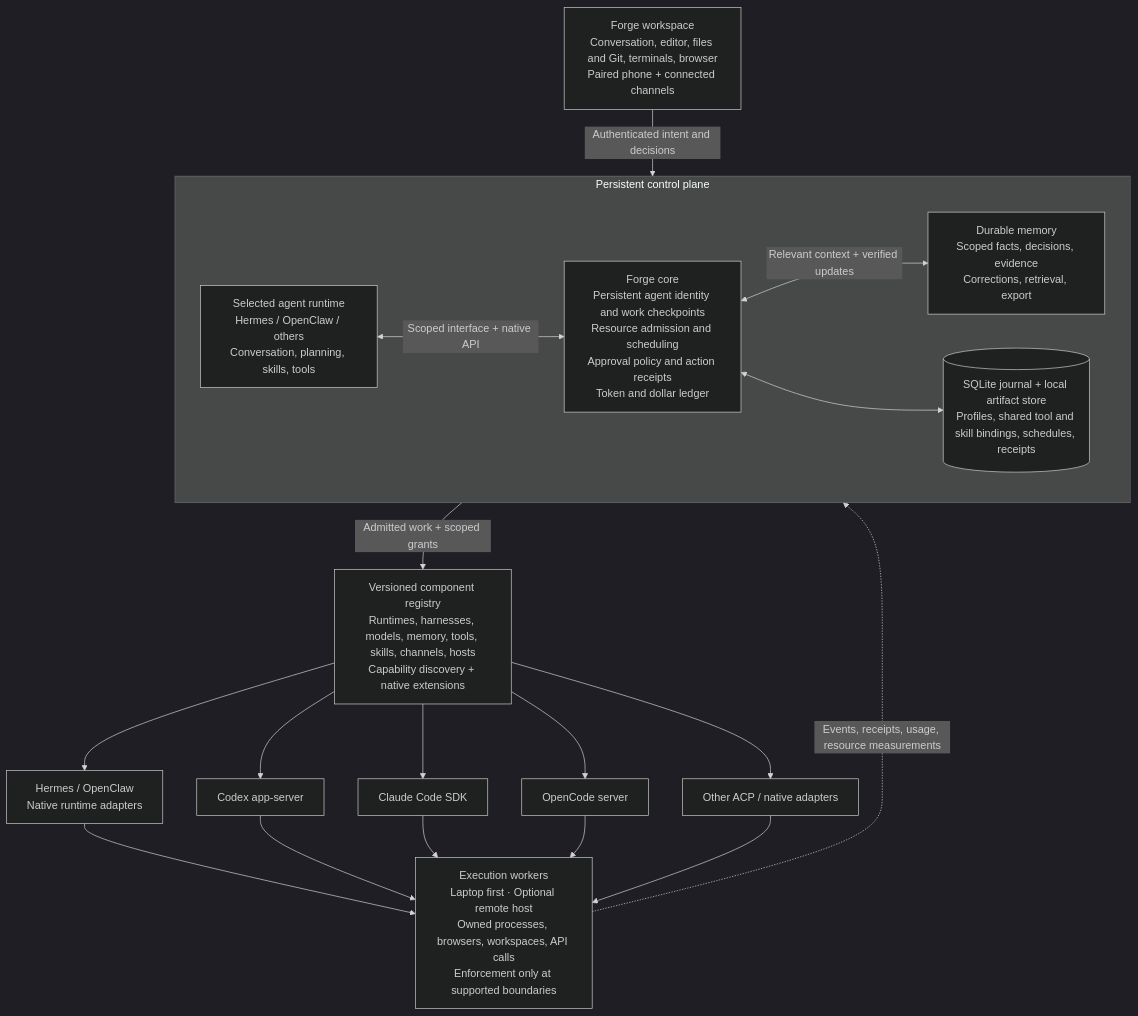
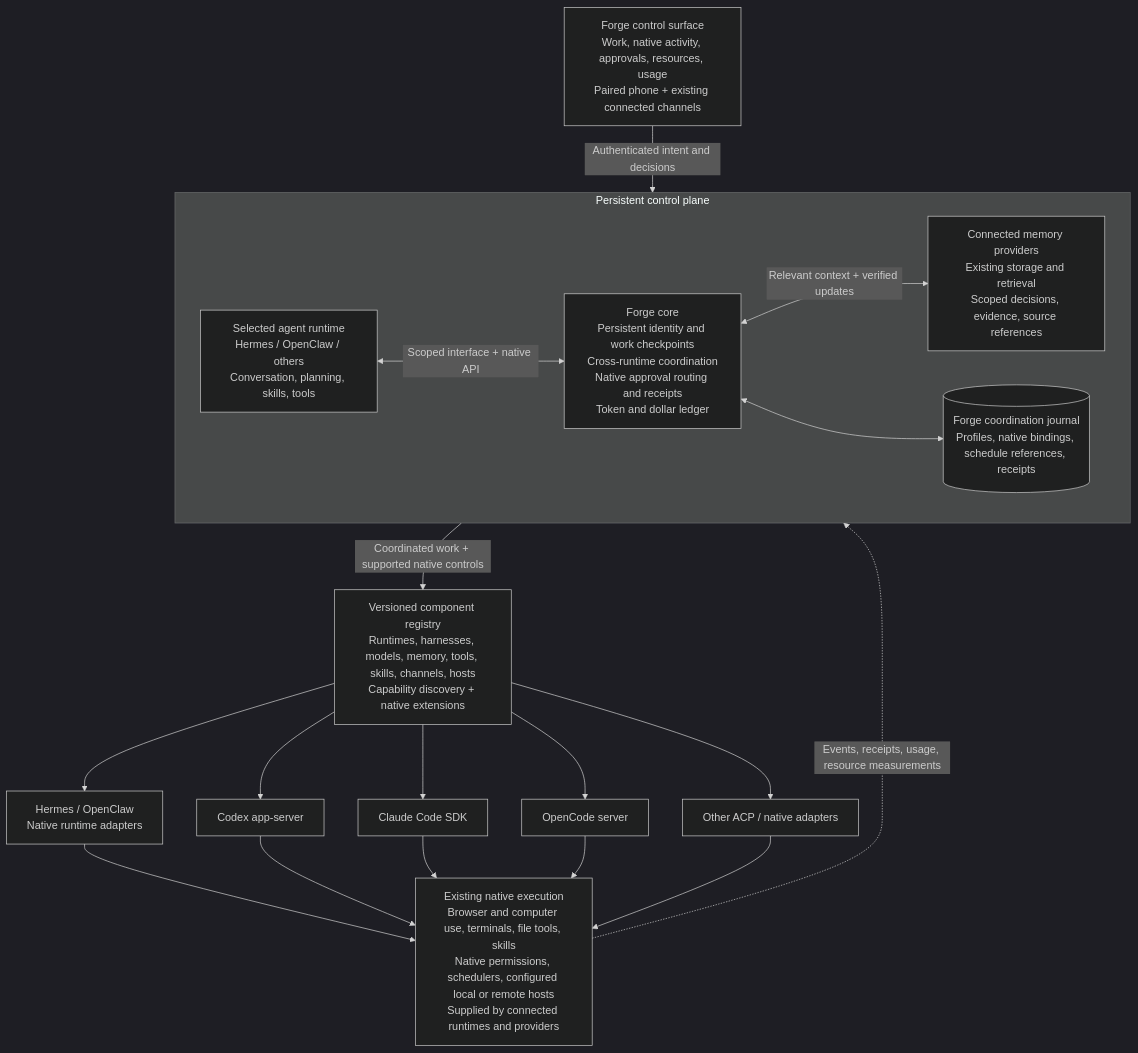
Before and after one commit to darshanahirrao/forge: the diagram in docs/diagrams/architecture.mmd, drawn with Mermaid (dark theme). The commit also changed 10 other files, not shown here.

Commit message:
Keep Forge focused on native capability integration

```diff
--- a/docs/diagrams/architecture.mmd
+++ b/docs/diagrams/architecture.mmd
@@ -1,22 +1,22 @@
 flowchart TB
-  surfaces["Forge workspace<br/>Conversation, editor, files and Git, terminals, browser<br/>Paired phone + connected channels"]
+  surfaces["Forge control surface<br/>Work, native activity, approvals, resources, usage<br/>Paired phone + existing connected channels"]
   subgraph plane["Persistent control plane"]
     direction LR
     runtime["Selected agent runtime<br/>Hermes / OpenClaw / others<br/>Conversation, planning, skills, tools"]
-    core["Forge core<br/>Persistent agent identity and work checkpoints<br/>Resource admission and scheduling<br/>Approval policy and action receipts<br/>Token and dollar ledger"]
-    memory["Durable memory<br/>Scoped facts, decisions, evidence<br/>Corrections, retrieval, export"]
-    journal[("SQLite journal + local artifact store<br/>Profiles, shared tool and skill bindings, schedules, receipts")]
+    core["Forge core<br/>Persistent identity and work checkpoints<br/>Cross-runtime coordination<br/>Native approval routing and receipts<br/>Token and dollar ledger"]
+    memory["Connected memory providers<br/>Existing storage and retrieval<br/>Scoped decisions, evidence, source references"]
+    journal[("Forge coordination journal<br/>Profiles, native bindings, schedule references, receipts")]
     runtime <-->|"Scoped interface + native API"| core
     core <-->|"Relevant context + verified updates"| memory
     core <--> journal
   end
   surfaces -->|"Authenticated intent and decisions"| core
   contract["Versioned component registry<br/>Runtimes, harnesses, models, memory, tools, skills, channels, hosts<br/>Capability discovery + native extensions"]
-  core -->|"Admitted work + scoped grants"| contract
+  core -->|"Coordinated work + supported native controls"| contract
   contract --> h["Hermes / OpenClaw<br/>Native runtime adapters"]
   contract --> c["Codex app-server"]
   contract --> a["Claude Code SDK"]
   contract --> o["OpenCode server"]
   contract --> x["Other ACP / native adapters"]
-  h & c & a & o & x --> workers["Execution workers<br/>Laptop first · Optional remote host<br/>Owned processes, browsers, workspaces, API calls<br/>Enforcement only at supported boundaries"]
+  h & c & a & o & x --> workers["Existing native execution<br/>Browser and computer use, terminals, file tools, skills<br/>Native permissions, schedulers, configured local or remote hosts<br/>Supplied by connected runtimes and providers"]
   workers -.->|"Events, receipts, usage, resource measurements"| core
```
